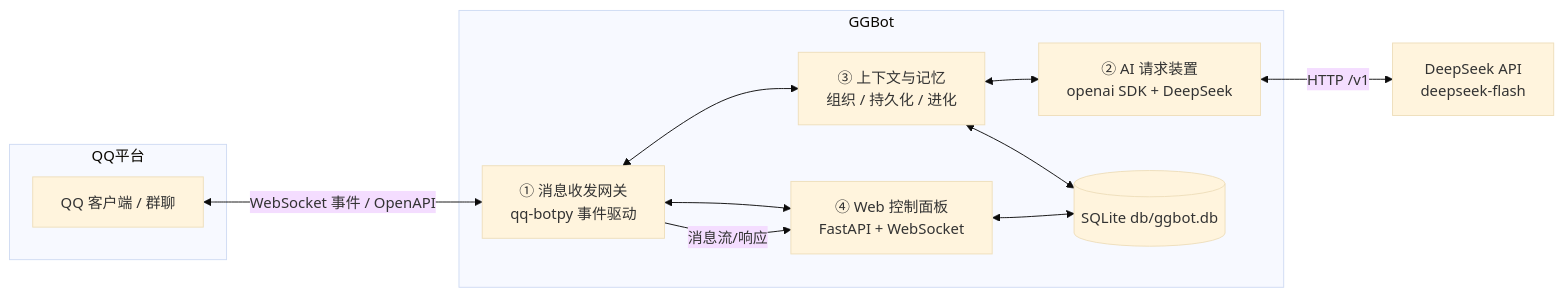
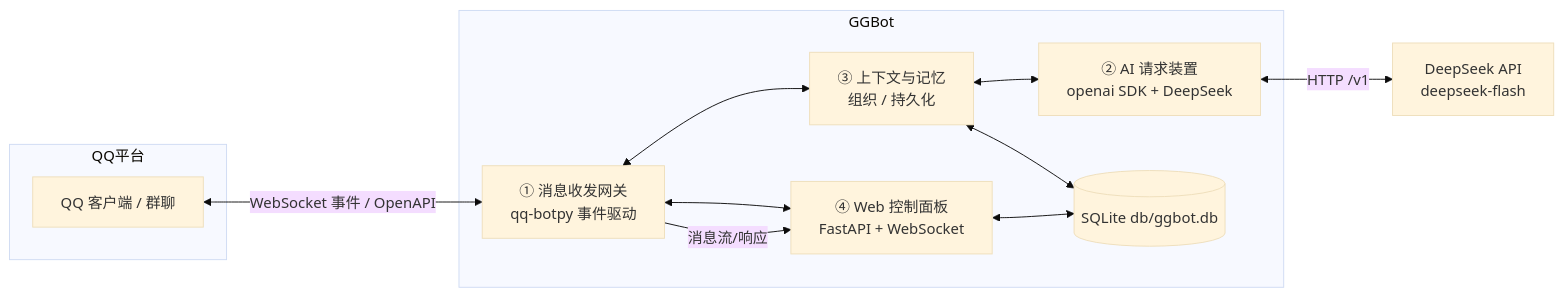
One commit to Gove2004/GGBot changed the first of 2 diagrams in README.md. Above: the diagram before and after it, drawn with Mermaid (base theme). The commit also changed other lines of this file and 15 other files, not shown here.

````diff
--- a/README.md
+++ b/README.md
@@ -47,21 +48,21 @@
 ```mermaid
 flowchart LR
     subgraph QQ平台
         QQ[QQ 客户端 / 群聊]
     end
     subgraph GGBot
         GW["① 消息收发网关<br/>qq-botpy 事件驱动"]
         AI["② AI 请求装置<br/>openai SDK + DeepSeek"]
-        CTX["③ 上下文与记忆<br/>组织 / 持久化 / 进化"]
+        CTX["③ 上下文与记忆<br/>组织 / 持久化"]
         WEB["④ Web 控制面板<br/>FastAPI + WebSocket"]
         DB[("SQLite db/ggbot.db")]
     end
     QQ <-->|"WebSocket 事件 / OpenAPI"| GW
     GW <--> CTX
     CTX <--> AI
     AI <-->|"HTTP /v1"| DS["DeepSeek API<br/>deepseek-flash"]
     GW <--> WEB
     CTX <--> DB
     WEB <--> DB
     GW -->|"消息流/响应"| WEB
 ```
````
